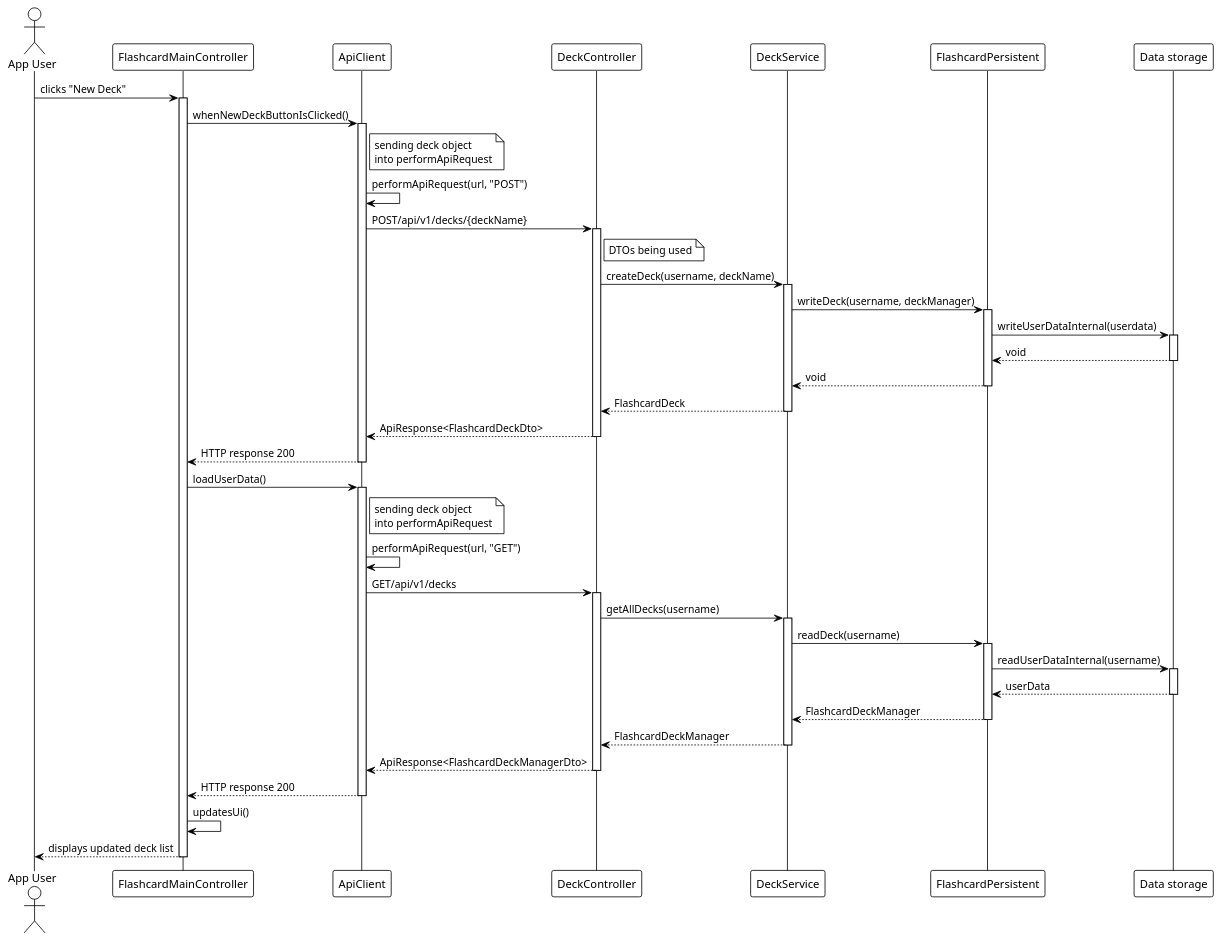
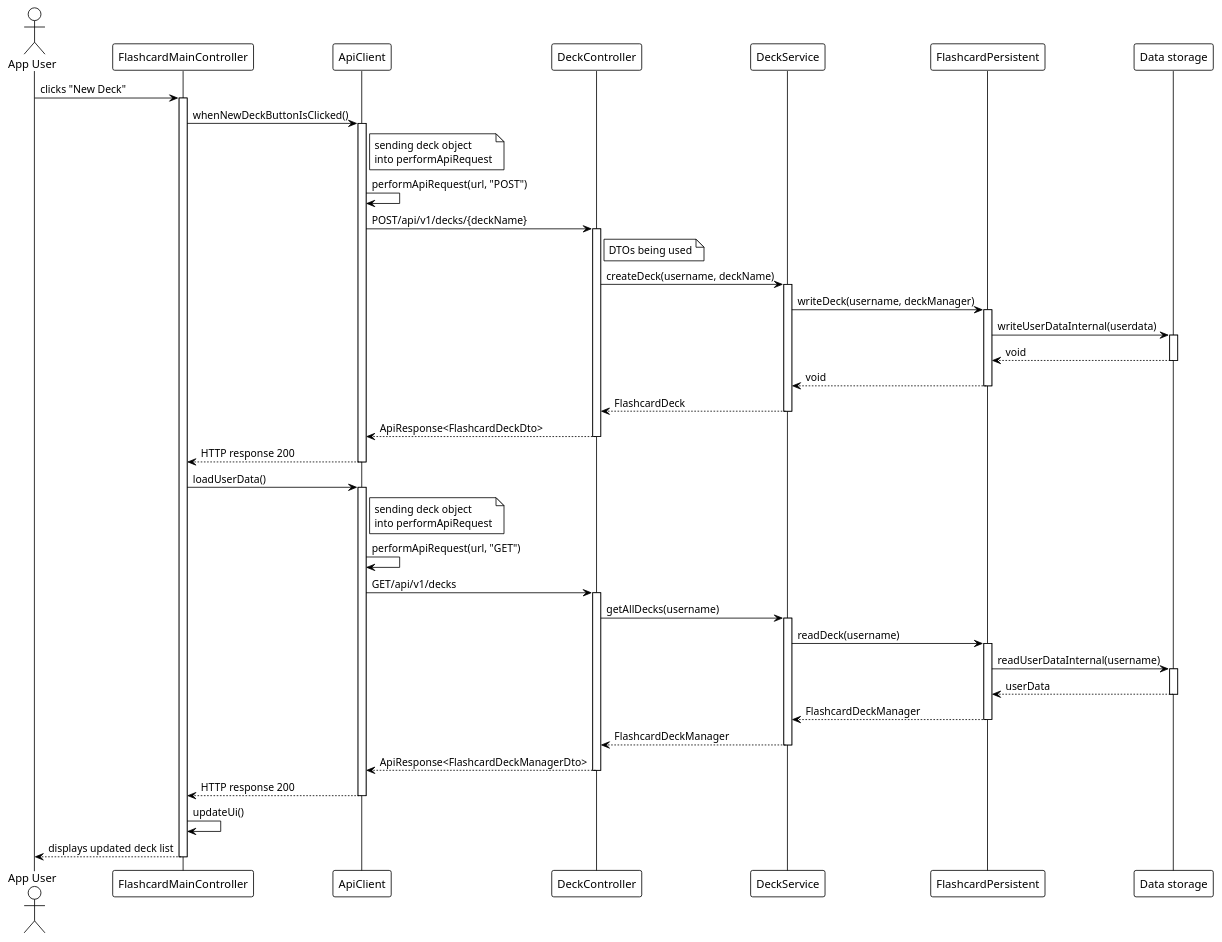
The diagram in docs/release_3/uml_documentation/sequence.puml (marennodenes/Flashcard-App), drawn with PlantUML before and after one commit. The commit also changed 1 other file, not shown here.

Commit message:
docs(puml): create architecture.puml diagram
Created architecture.puml diagram to show overall structure of the product architecture.

Closes: #106

```diff
--- a/docs/release_3/uml_documentation/sequence.puml
+++ b/docs/release_3/uml_documentation/sequence.puml
@@ -1,73 +1,73 @@
 @startuml create_flashcard_deck_sequence
 !theme plain
 skinparam monochrome true
 skinparam shadowing false
 
 actor "App User" as User
 participant "FlashcardMainController" as MainController
 participant "ApiClient" as APIClient
 participant "DeckController" as DeckController
 participant "DeckService" as DeckService
 
 participant "FlashcardPersistent" as FlashcardPersistent
 participant "Data storage" as DataStorage
 
 User -> MainController : clicks "New Deck"
 activate MainController
 
 MainController -> APIClient : whenNewDeckButtonIsClicked()
 activate APIClient
 note right APIClient : sending deck object\ninto performApiRequest 
 APIClient -> APIClient : performApiRequest(url, "POST")
 APIClient -> DeckController : POST/api/v1/decks/{deckName}
 activate DeckController
 note right of DeckController : DTOs being used
 DeckController -> DeckService : createDeck(username, deckName)
 activate DeckService
 
 DeckService -> FlashcardPersistent : writeDeck(username, deckManager)
 activate FlashcardPersistent
 FlashcardPersistent -> DataStorage : writeUserDataInternal(userdata)
 activate DataStorage
 
 
 DataStorage --> FlashcardPersistent : void
 deactivate DataStorage
 
 FlashcardPersistent --> DeckService : void
 deactivate FlashcardPersistent
 DeckService --> DeckController : FlashcardDeck
 deactivate DeckService
 DeckController --> APIClient : ApiResponse<FlashcardDeckDto>
 deactivate DeckController
 APIClient --> MainController : HTTP response 200
 deactivate APIClient
 
 MainController -> APIClient : loadUserData()
 activate APIClient
 note right APIClient : sending deck object\ninto performApiRequest 
 APIClient -> APIClient : performApiRequest(url, "GET")
 /' APIClient -> APIClient : sendRequest() '/
 APIClient -> DeckController : GET/api/v1/decks
 activate DeckController
 DeckController -> DeckService : getAllDecks(username) 
 activate DeckService
 DeckService -> FlashcardPersistent : readDeck(username)
 activate FlashcardPersistent
 FlashcardPersistent -> DataStorage : readUserDataInternal(username)
 activate DataStorage
 DataStorage --> FlashcardPersistent : userData
 deactivate DataStorage
 FlashcardPersistent --> DeckService : FlashcardDeckManager
 deactivate FlashcardPersistent
 DeckService --> DeckController : FlashcardDeckManager
 deactivate DeckService
 DeckController --> APIClient : ApiResponse<FlashcardDeckManagerDto>
 deactivate DeckController
 APIClient --> MainController : HTTP response 200
 deactivate APIClient
-MainController -> MainController : updatesUi()
+MainController -> MainController : updateUi()
 MainController --> User : displays updated deck list
 deactivate MainController
 
 @enduml
```
